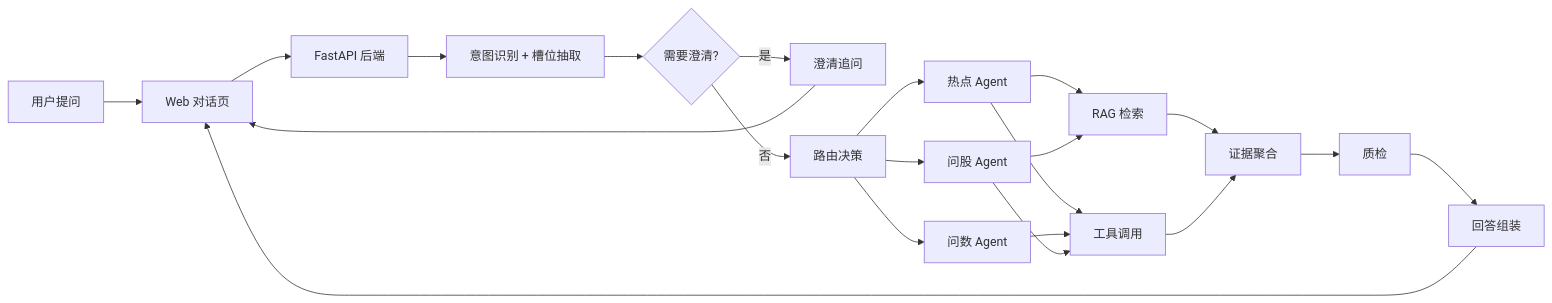
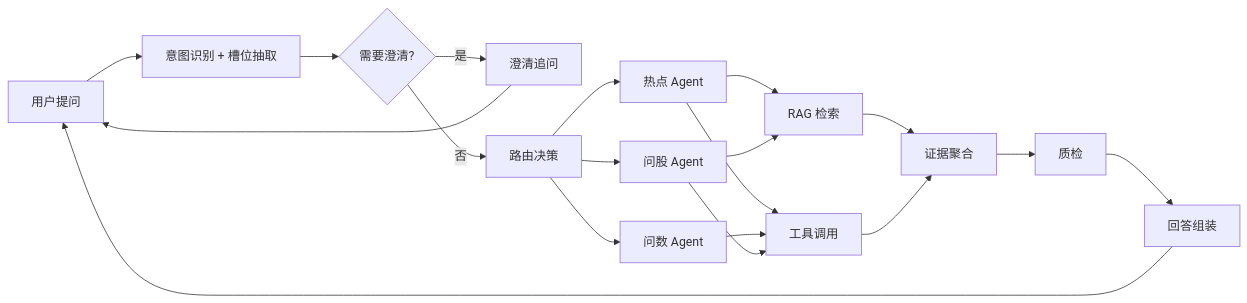
Before and after one commit to PompeiiChan/TideSignal-InvestmentResearch: the diagram in README.md, drawn with Mermaid.

Commit message:
docs: 去除流程图中的技术实现细节
- 去除'Web 对话页'和'FastAPI 后端'技术层
- 流程图直接从'用户提问'到'意图识别'
- 业务流程图应关注系统内部处理逻辑，而非技术框架
- 优化后的流程图更简洁清晰

````diff
--- a/README.md
+++ b/README.md
@@ -48,22 +48,20 @@
 ```mermaid
 flowchart LR
-    U[用户提问] --> UI[Web 对话页]
-    UI --> API[FastAPI 后端]
-    API --> I[意图识别 + 槽位抽取]
+    U[用户提问] --> I[意图识别 + 槽位抽取]
     I --> C{需要澄清?}
     C -- 是 --> CL[澄清追问]
     C -- 否 --> R[路由决策]
 
     R --> H[热点 Agent]
     R --> D[问数 Agent]
     R --> S[问股 Agent]
 
     H & S --> RAG[RAG 检索]
     H & D & S --> TOOL[工具调用]
 
     RAG & TOOL --> EM[证据聚合]
     EM --> QC[质检]
     QC --> ASM[回答组装]
-    ASM --> UI
-    CL --> UI
+    ASM --> U
+    CL --> U
 ```
````
